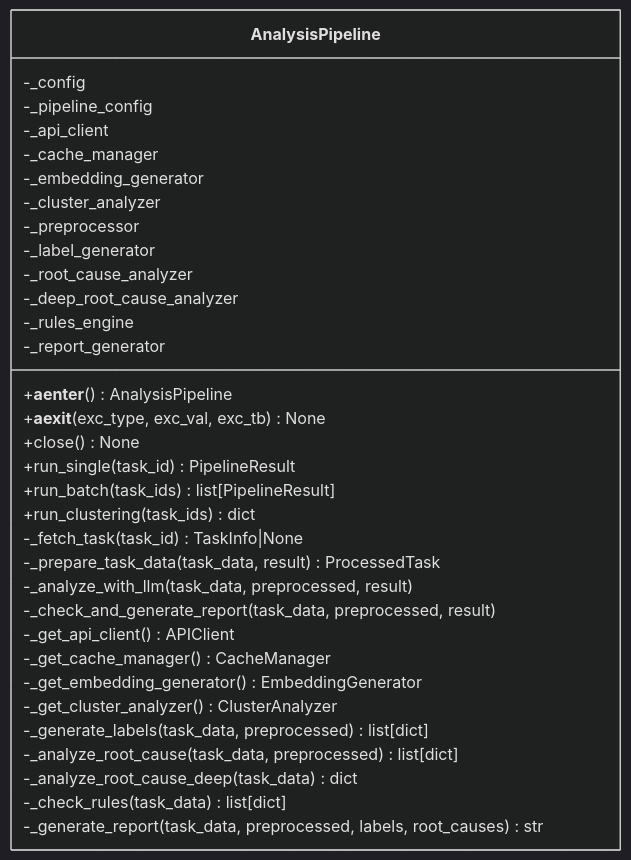
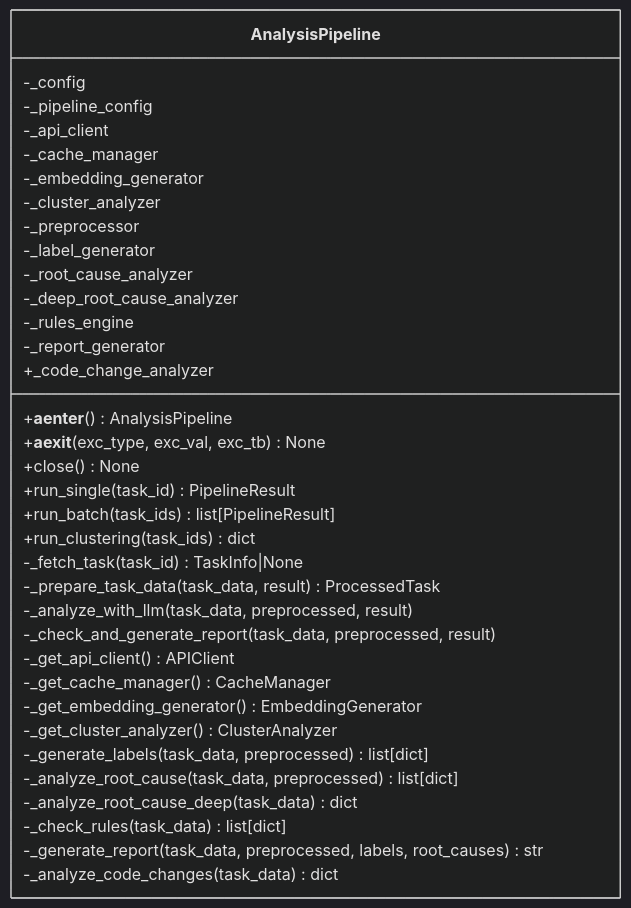
One commit to boyingliu01/fault-review-analyzer changed the fourth of 8 diagrams in .qoder/repowiki/zh/content/核心架构/核心组件/分析流水线编排器.md. Above: the diagram before and after it, drawn with Mermaid (dark theme). The commit also changed other lines of this file and 125 other files, not shown here.

````diff
--- a/.qoder/repowiki/zh/content/核心架构/核心组件/分析流水线编排器.md
+++ b/.qoder/repowiki/zh/content/核心架构/核心组件/分析流水线编排器.md
@@ -262,36 +312,38 @@
 ```mermaid
 classDiagram
 class AnalysisPipeline {
 -_config
 -_pipeline_config
 -_api_client
 -_cache_manager
 -_embedding_generator
 -_cluster_analyzer
 -_preprocessor
 -_label_generator
 -_root_cause_analyzer
 -_deep_root_cause_analyzer
 -_rules_engine
 -_report_generator
++_code_change_analyzer
 +__aenter__() AnalysisPipeline
 +__aexit__(exc_type, exc_val, exc_tb) None
 +close() None
 +run_single(task_id) PipelineResult
 +run_batch(task_ids) list[PipelineResult]
 +run_clustering(task_ids) dict
 -_fetch_task(task_id) TaskInfo|None
 -_prepare_task_data(task_data, result) ProcessedTask
 -_analyze_with_llm(task_data, preprocessed, result)
 -_check_and_generate_report(task_data, preprocessed, result)
 -_get_api_client() APIClient
 -_get_cache_manager() CacheManager
 -_get_embedding_generator() EmbeddingGenerator
 -_get_cluster_analyzer() ClusterAnalyzer
 -_generate_labels(task_data, preprocessed) list[dict]
 -_analyze_root_cause(task_data, preprocessed) list[dict]
 -_analyze_root_cause_deep(task_data) dict
 -_check_rules(task_data) list[dict]
 -_generate_report(task_data, preprocessed, labels, root_causes) str
+-_analyze_code_changes(task_data) dict
 }
 ```
````
